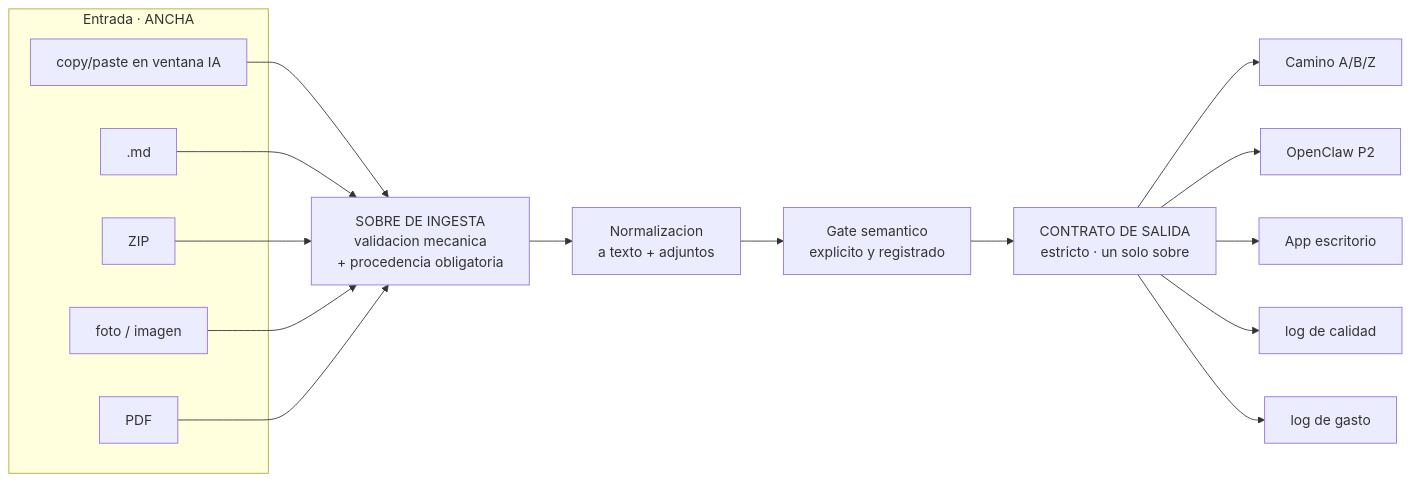
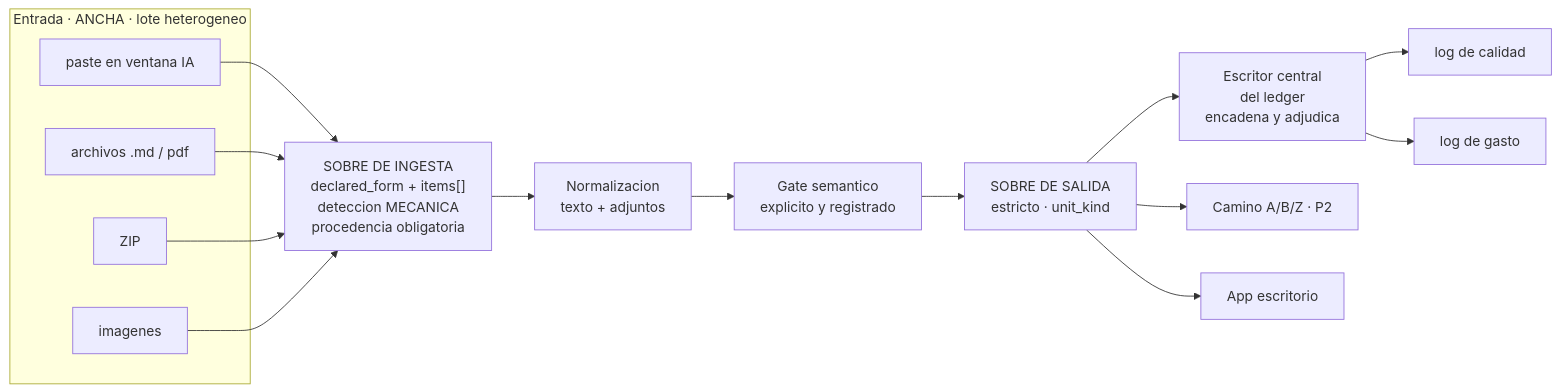
One commit to garantias3-afk/multiauditoria changed the diagram in CONTRATO_SALIDA.md. Above: the diagram before and after it, drawn with Mermaid. The commit also changed other lines of this file and 2 other files, not shown here.

````diff
--- a/CONTRATO_SALIDA.md
+++ b/CONTRATO_SALIDA.md
@@ -34,26 +42,24 @@
 ```mermaid
 flowchart LR
-  subgraph IN["Entrada · ANCHA"]
-    I1["copy/paste en ventana IA"]
-    I2[".md"]
+  subgraph IN["Entrada · ANCHA · lote heterogeneo"]
+    I1["paste en ventana IA"]
+    I2["archivos .md / pdf"]
     I3["ZIP"]
-    I4["foto / imagen"]
-    I5["PDF"]
+    I4["imagenes"]
   end
 
-  I1 --> ING["SOBRE DE INGESTA<br/>validacion mecanica<br/>+ procedencia obligatoria"]
+  I1 --> ING["SOBRE DE INGESTA<br/>declared_form + items[]<br/>deteccion MECANICA<br/>procedencia obligatoria"]
   I2 --> ING
   I3 --> ING
   I4 --> ING
-  I5 --> ING
 
-  ING --> NORM["Normalizacion<br/>a texto + adjuntos"]
+  ING --> NORM["Normalizacion<br/>texto + adjuntos"]
   NORM --> GATE["Gate semantico<br/>explicito y registrado"]
-  GATE --> OUT["CONTRATO DE SALIDA<br/>estricto · un solo sobre"]
+  GATE --> OUT["SOBRE DE SALIDA<br/>estricto · unit_kind"]
 
-  OUT --> CA["Camino A/B/Z"]
-  OUT --> P2["OpenClaw P2"]
+  OUT --> LEDGER["Escritor central<br/>del ledger<br/>encadena y adjudica"]
+  LEDGER --> QL["log de calidad"]
+  LEDGER --> CL["log de gasto"]
+  OUT --> CA["Camino A/B/Z · P2"]
   OUT --> DESK["App escritorio"]
-  OUT --> QL["log de calidad"]
-  OUT --> CL["log de gasto"]
 ```
````
